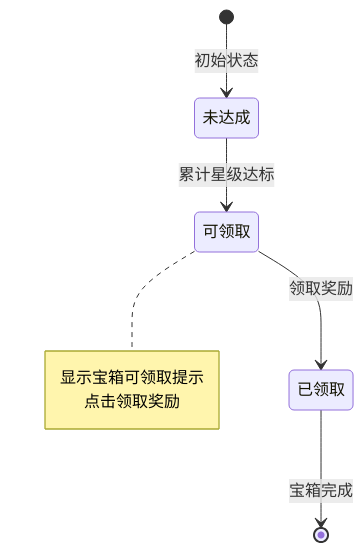
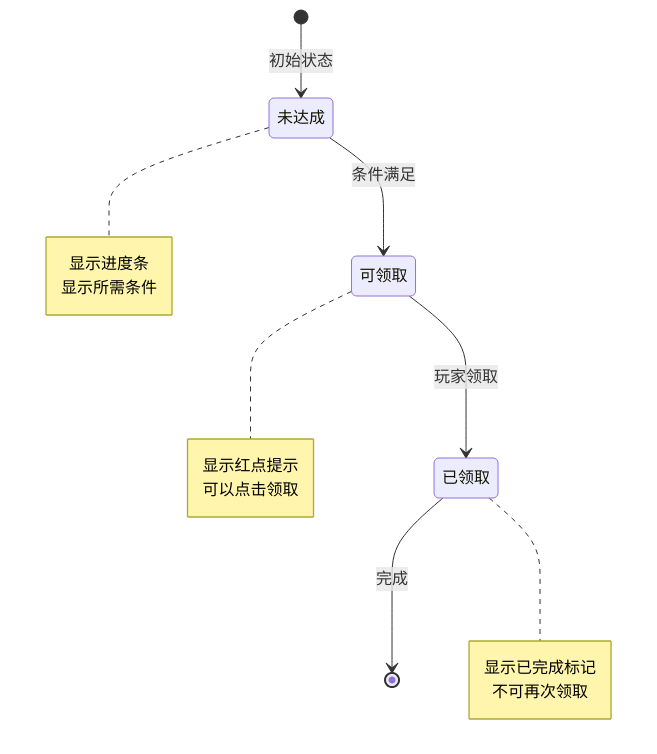
One commit to Alan-Ben/k2c_game_framework changed the fourth of 4 diagrams in docs/Module_Dungeon/06_实现细节.md. Above: the diagram before and after it, drawn with Mermaid. The commit also changed other lines of this file and 75 other files, not shown here.

````diff
--- a/docs/Module_Dungeon/06_实现细节.md
+++ b/docs/Module_Dungeon/06_实现细节.md
@@ -102,12 +173,22 @@
 ```mermaid
 stateDiagram-v2
     [*] --> 未达成: 初始状态
-    未达成 --> 可领取: 累计星级达标
-    可领取 --> 已领取: 领取奖励
-    已领取 --> [*]: 宝箱完成
-
+    未达成 --> 可领取: 条件满足
+    可领取 --> 已领取: 玩家领取
+    已领取 --> [*]: 完成
+    
+    note right of 未达成
+        显示进度条
+        显示所需条件
+    end note
+    
     note right of 可领取
-        显示宝箱可领取提示
-        点击领取奖励
+        显示红点提示
+        可以点击领取
+    end note
+    
+    note right of 已领取
+        显示已完成标记
+        不可再次领取
     end note
 ```
````
